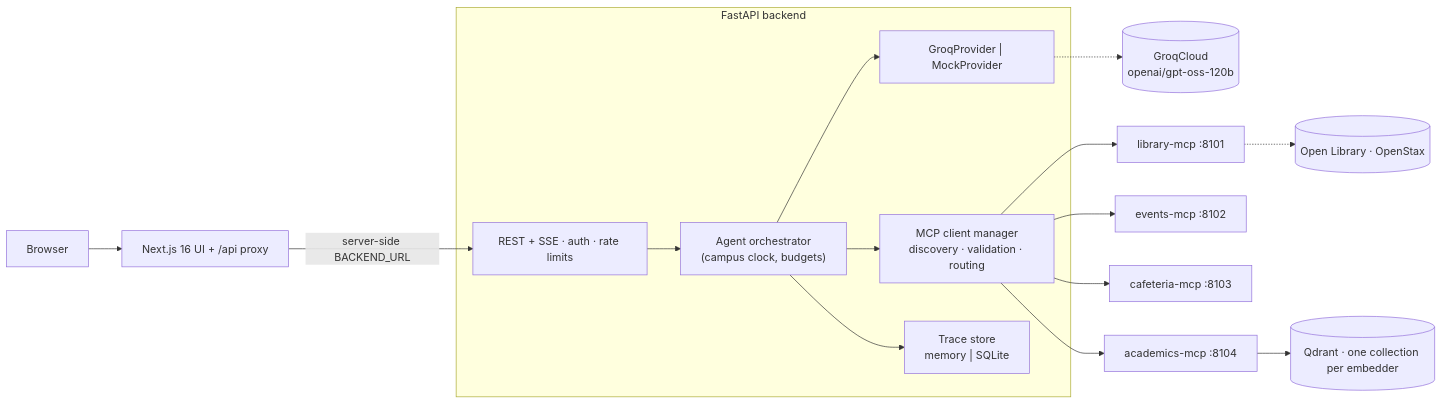
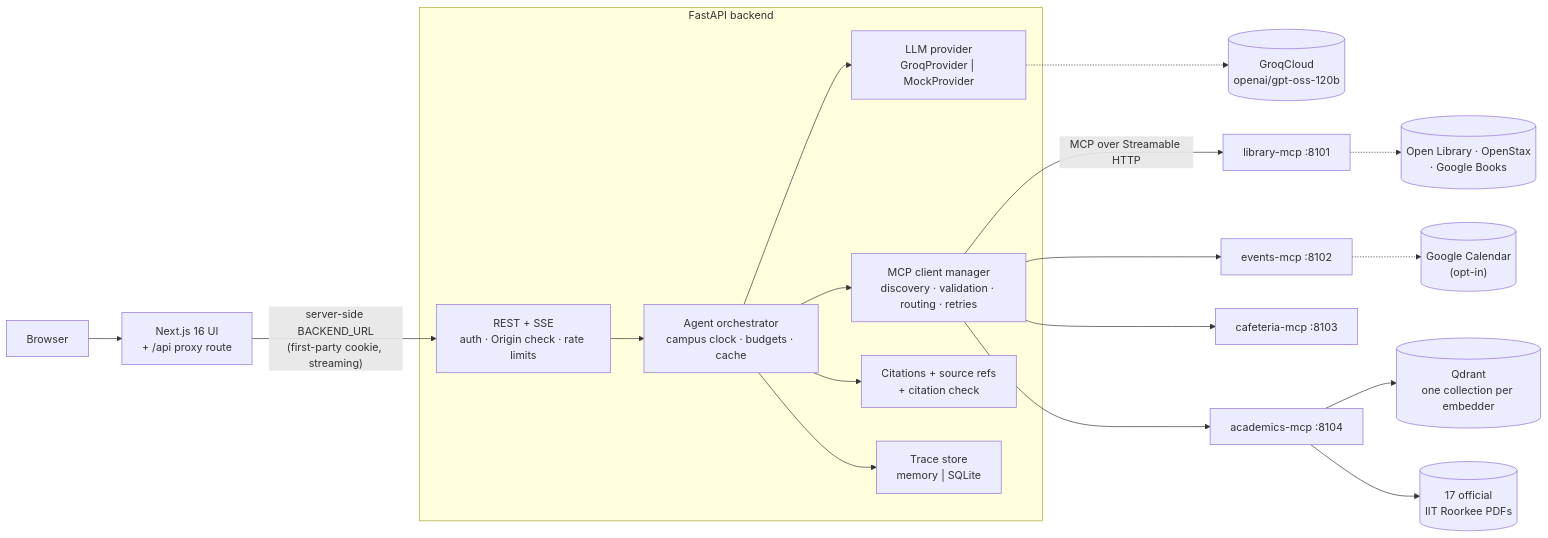
One commit to ARPIT-27-PANDEY/CampusOrchestrator changed the first of 3 diagrams in README.md. Above: the diagram before and after it, drawn with Mermaid. The commit also changed other lines of this file and 2 other files, not shown here.

First line of the commit message:
Rewrite README and record the live Groq runs in the docs

````diff
--- a/README.md
+++ b/README.md
@@ -44,18 +112,21 @@
 ```mermaid
 flowchart LR
-  B["Browser"] --> W["Next.js 16 UI + /api proxy"]
-  W -- "server-side BACKEND_URL" --> API
+  B["Browser"] --> W["Next.js 16 UI<br/>+ /api proxy route"]
+  W -- "server-side BACKEND_URL<br/>(first-party cookie, streaming)" --> API
   subgraph Backend["FastAPI backend"]
-    API["REST + SSE · auth · rate limits"] --> ORCH["Agent orchestrator<br/>(campus clock, budgets)"]
-    ORCH --> LLM["GroqProvider | MockProvider"]
-    ORCH --> MGR["MCP client manager<br/>discovery · validation · routing"]
+    API["REST + SSE<br/>auth · Origin check · rate limits"] --> ORCH["Agent orchestrator<br/>campus clock · budgets · cache"]
+    ORCH --> LLM["LLM provider<br/>GroqProvider | MockProvider"]
+    ORCH --> MGR["MCP client manager<br/>discovery · validation · routing · retries"]
+    ORCH --> CIT["Citations + source refs<br/>+ citation check"]
     ORCH --> TR["Trace store<br/>memory | SQLite"]
   end
   LLM -.-> GROQ[("GroqCloud<br/>openai/gpt-oss-120b")]
-  MGR --> L["library-mcp :8101"]
+  MGR -- "MCP over Streamable HTTP" --> L["library-mcp :8101"]
   MGR --> E["events-mcp :8102"]
   MGR --> C["cafeteria-mcp :8103"]
   MGR --> A["academics-mcp :8104"]
-  L -.-> OL[("Open Library · OpenStax")]
-  A --> Q[("Qdrant · one collection per embedder")]
+  L -.-> OL[("Open Library · OpenStax<br/>· Google Books")]
+  E -.-> GC[("Google Calendar<br/>(opt-in)")]
+  A --> Q[("Qdrant<br/>one collection per embedder")]
+  A --> PDF[("17 official<br/>IIT Roorkee PDFs")]
 ```
````
